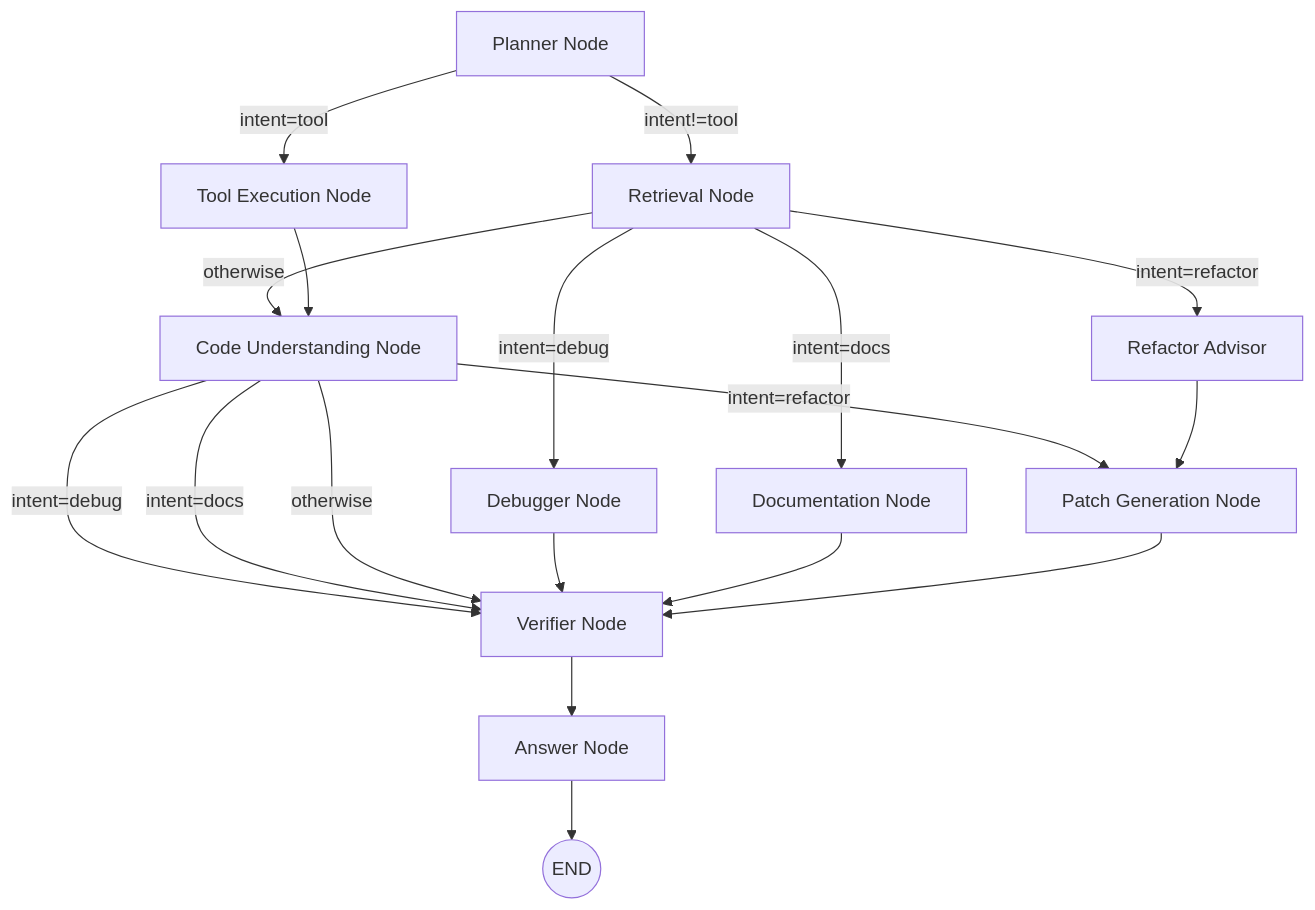
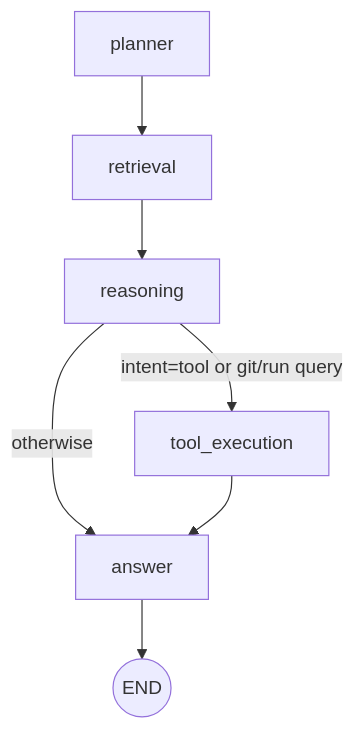
Before and after one commit to Harshdev625/AI-Codebase-Copilot: the diagram in docs/langgraph.md, drawn with Mermaid. The commit also changed other lines of this file and 188 other files, not shown here.

````diff
--- a/docs/langgraph.md
+++ b/docs/langgraph.md
@@ -7,25 +17,15 @@
 ```mermaid
 flowchart TD
-  planner[Planner Node]
-  planner -->|intent=tool| tool_execution[Tool Execution Node]
-  planner -->|intent!=tool| retrieval[Retrieval Node]
+  planner[planner]
+  retrieval[retrieval]
+  reasoning[reasoning]
+  tool_execution[tool_execution]
+  answer[answer]
 
-  retrieval -->|intent=debug| debugger[Debugger Node]
-  retrieval -->|intent=refactor| refactor[Refactor Advisor]
-  retrieval -->|intent=docs| documentation[Documentation Node]
-  retrieval -->|otherwise| code_understanding[Code Understanding Node]
-
-  tool_execution --> code_understanding
-
-  code_understanding -->|intent=debug| verifier[Verifier Node]
-  code_understanding -->|intent=refactor| patch_gen[Patch Generation Node]
-  code_understanding -->|intent=docs| verifier
-  code_understanding -->|otherwise| verifier
-
-  debugger --> verifier
-  documentation --> verifier
-  refactor --> patch_gen
-  patch_gen --> verifier
-  verifier --> answer[Answer Node]
+  planner --> retrieval
+  retrieval --> reasoning
+  reasoning -->|intent=tool or git/run query| tool_execution
+  reasoning -->|otherwise| answer
+  tool_execution --> answer
   answer --> END((END))
 ```
````
